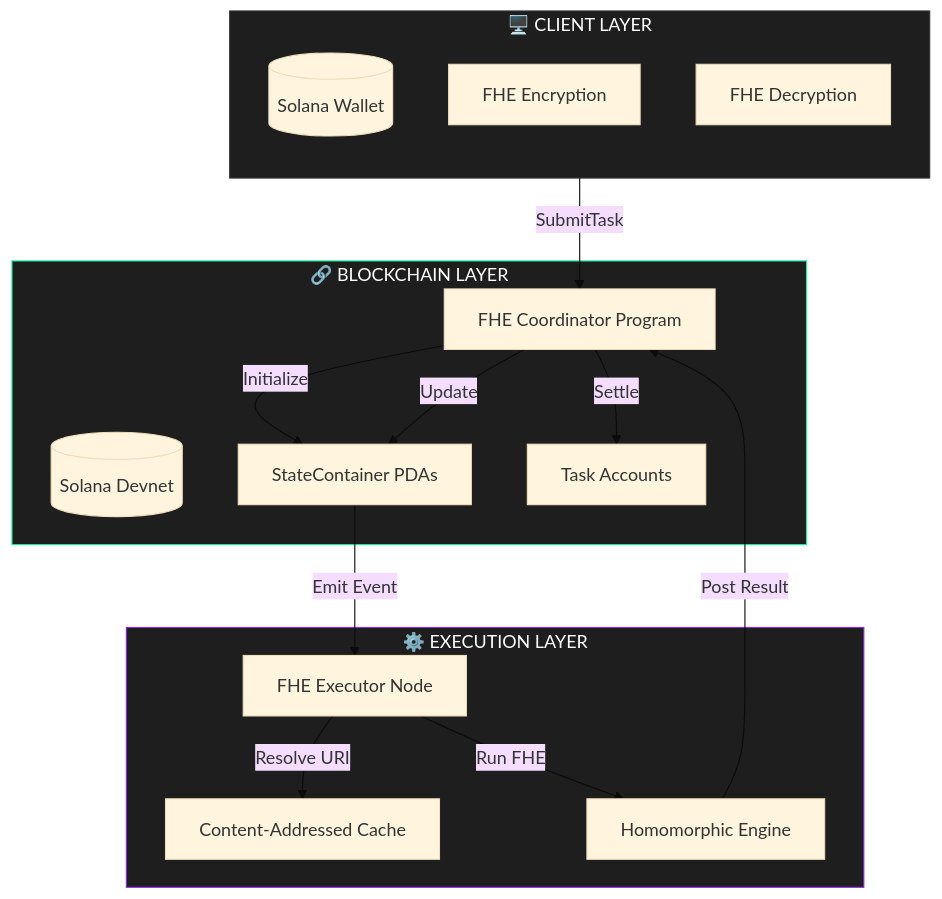
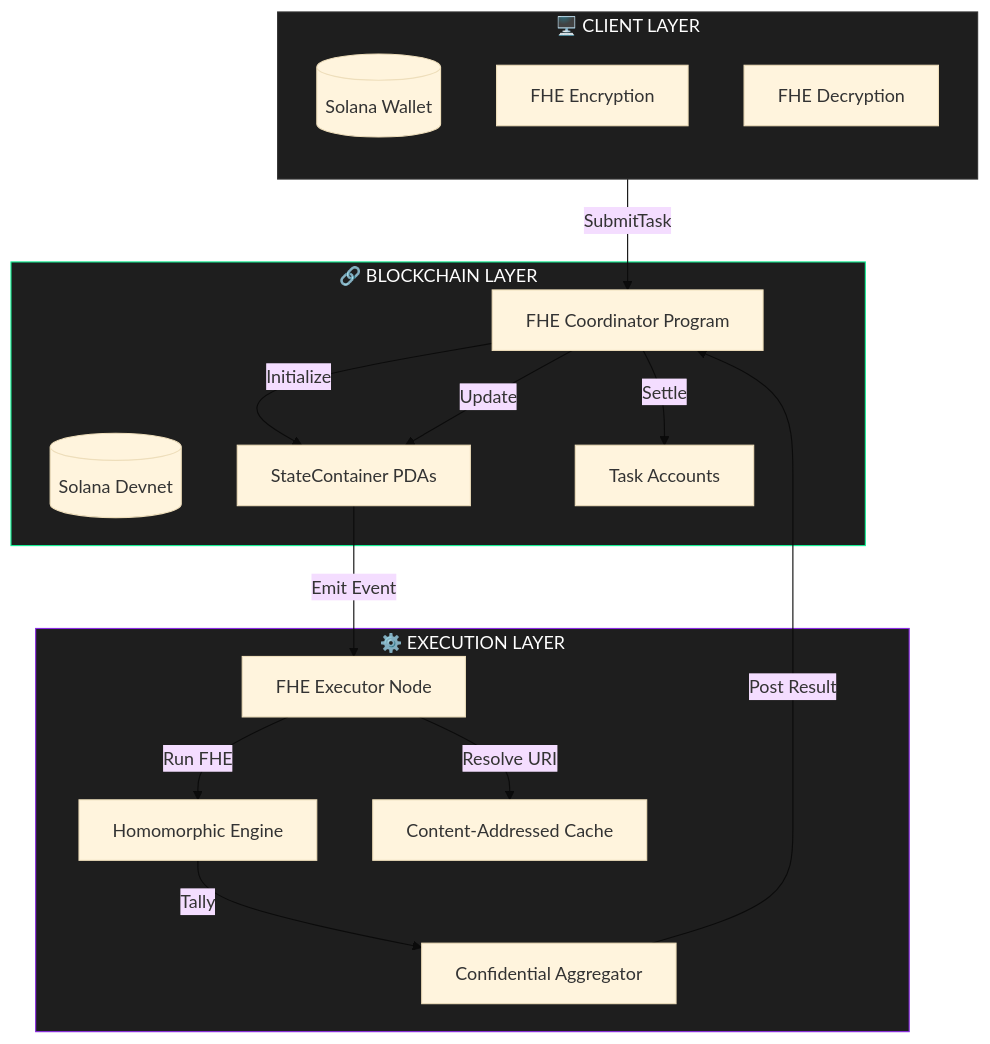
The diagram in docs/ARCHITECTURE.md (fhestate/fhestate-rs), drawn with Mermaid (base theme) before and after one commit. The commit also changed other lines of this file, not shown here.

Commit message:
docs(arch): update system diagram and security model for confidential state aggregation

````diff
--- a/docs/ARCHITECTURE.md
+++ b/docs/ARCHITECTURE.md
@@ -34,39 +34,41 @@
 ```mermaid
 flowchart TB
     subgraph Client ["🖥️ CLIENT LAYER"]
         direction TB
         Wallet[("Solana Wallet")]
         Encrypt["FHE Encryption"]
         Decrypt["FHE Decryption"]
     end
 
     subgraph Blockchain ["🔗 BLOCKCHAIN LAYER"]
         Solana[("Solana Devnet")]
         Program["FHE Coordinator Program"]
         PDA["StateContainer PDAs"]
         Tasks["Task Accounts"]
     end
 
     subgraph Execution ["⚙️ EXECUTION LAYER"]
         Node["FHE Executor Node"]
         Compute["Homomorphic Engine"]
         Cache["Content-Addressed Cache"]
+        Aggregator["Confidential Aggregator"]
     end
 
     %% Flows
     Wallet -->|SubmitTask| Program
     Program -->|Initialize| PDA
     PDA -->|Emit Event| Node
     Node -->|Resolve URI| Cache
     Node -->|Run FHE| Compute
+    Compute -->|Tally| Aggregator
     
     %% Return Path
-    Compute -->|Post Result| Program
+    Aggregator -->|Post Result| Program
     Program -->|Update| PDA
     Program -->|Settle| Tasks
 
     %% Styles
     style Client fill:#1e1e1e,stroke:#333,color:#fff
     style Blockchain fill:#1e1e1e,stroke:#14F195,color:#fff
     style Execution fill:#1e1e1e,stroke:#8A2BE2,color:#fff
 ```
````
